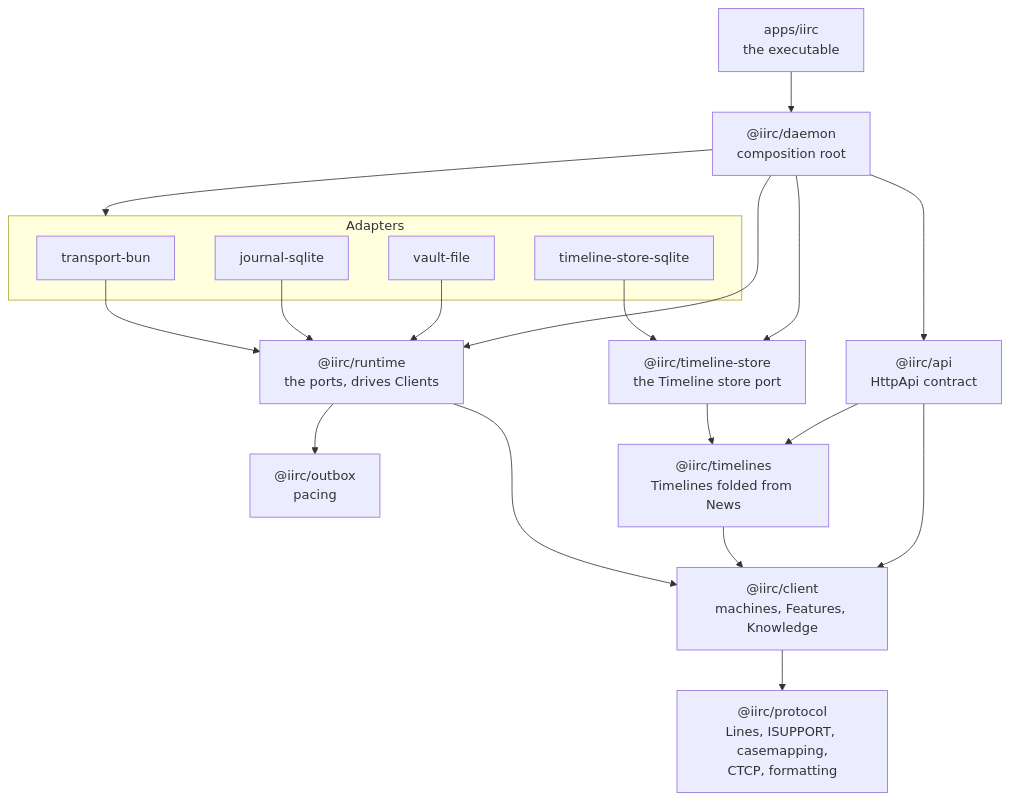
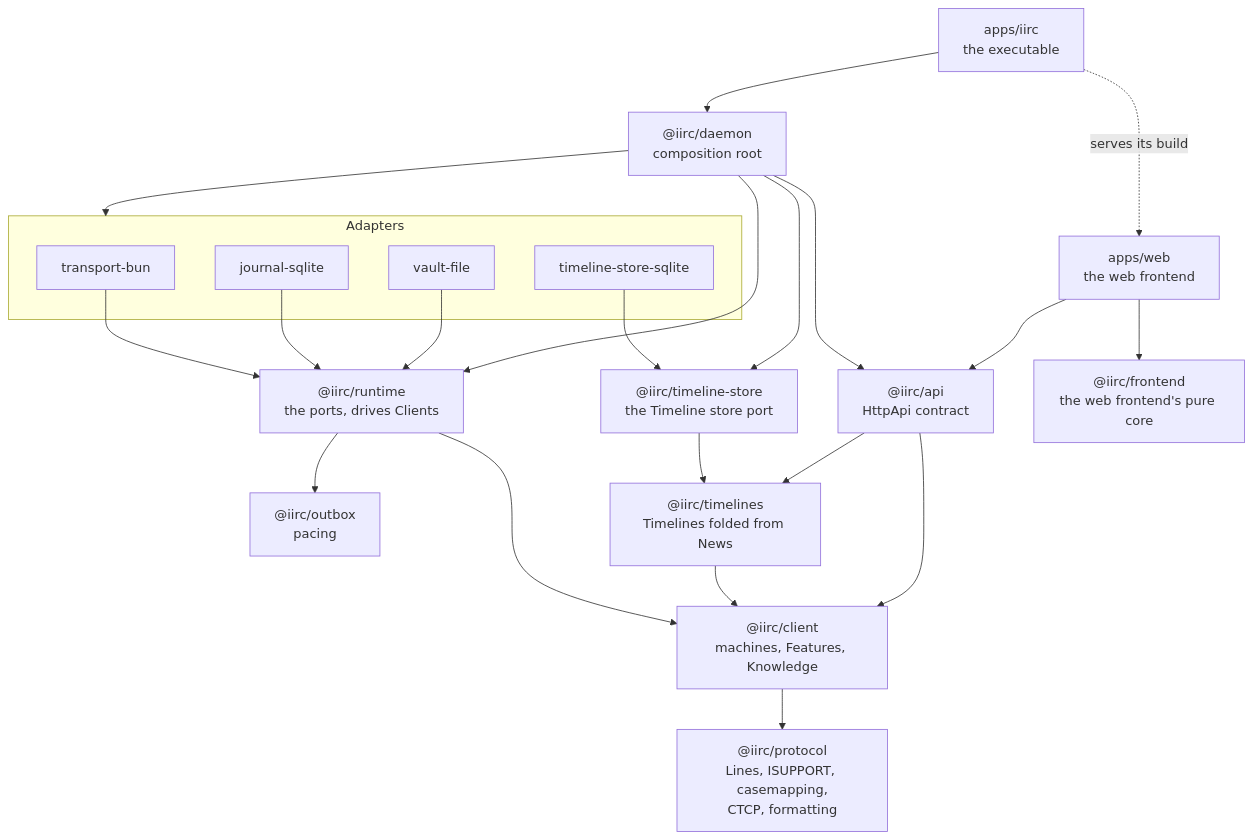
The second of 5 diagrams in docs/architecture.md (deankerr/iirc), drawn with Mermaid before and after one commit. The commit also changed other lines of this file and 54 other files, not shown here.

First line of the commit message:
Sign in to the Daemon from a web frontend it serves

````diff
--- a/docs/architecture.md
+++ b/docs/architecture.md
@@ -64,29 +64,33 @@
 ```mermaid
 flowchart TB
   protocol["@iirc/protocol<br/>Lines, ISUPPORT, casemapping,<br/>CTCP, formatting"]
   client["@iirc/client<br/>machines, Features, Knowledge"]
   outbox["@iirc/outbox<br/>pacing"]
   timelines["@iirc/timelines<br/>Timelines folded from News"]
   store["@iirc/timeline-store<br/>the Timeline store port"]
   runtime["@iirc/runtime<br/>the ports, drives Clients"]
   api["@iirc/api<br/>HttpApi contract"]
   daemon["@iirc/daemon<br/>composition root"]
   app["apps/iirc<br/>the executable"]
+  frontend["@iirc/frontend<br/>the web frontend's pure core"]
+  web["apps/web<br/>the web frontend"]
 
   subgraph adapters["Adapters"]
     tbun["transport-bun"]
     jsql["journal-sqlite"]
     vfile["vault-file"]
     tsql["timeline-store-sqlite"]
   end
 
   client --> protocol
   runtime --> client & outbox
   timelines --> client
   store --> timelines
   tbun & jsql & vfile --> runtime
   tsql --> store
   api --> client & timelines
   daemon --> api & runtime & store & adapters
   app --> daemon
+  web --> api & frontend
+  app -.->|"serves its build"| web
 ```
````
